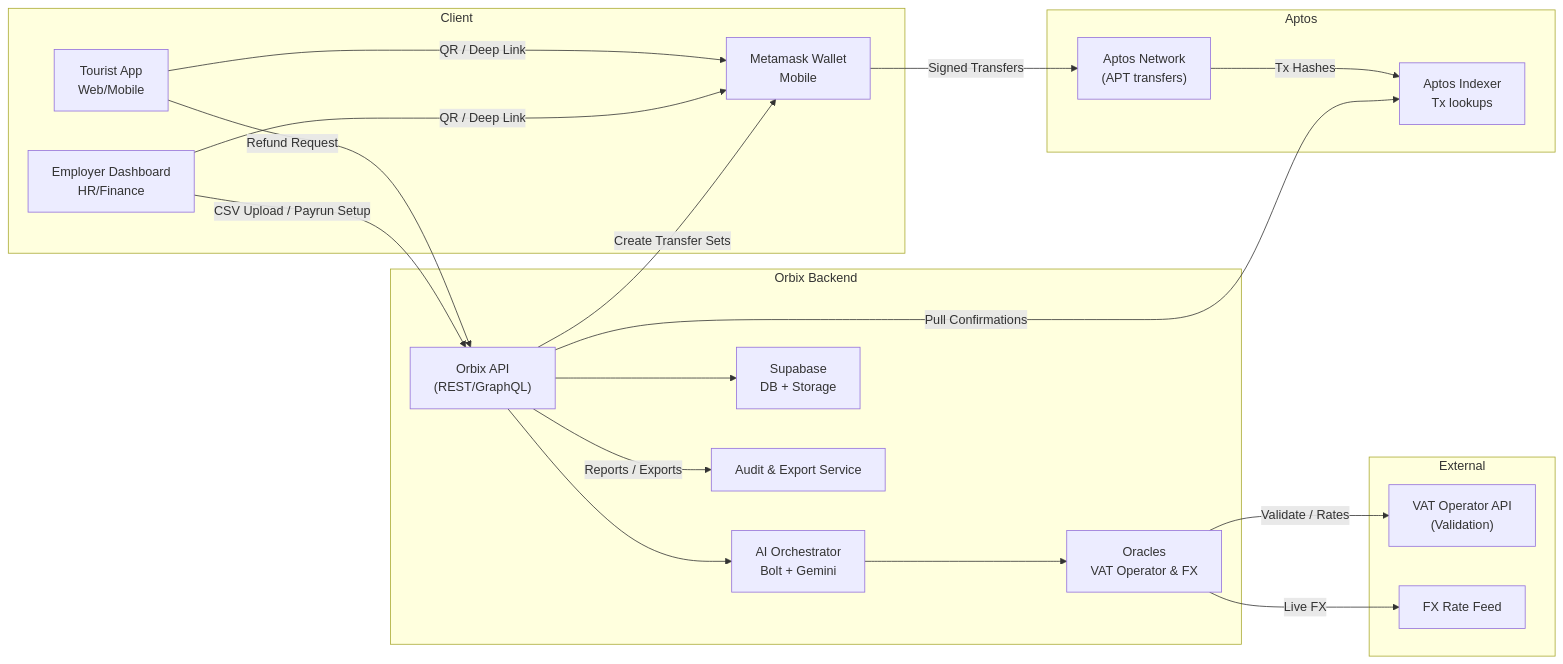
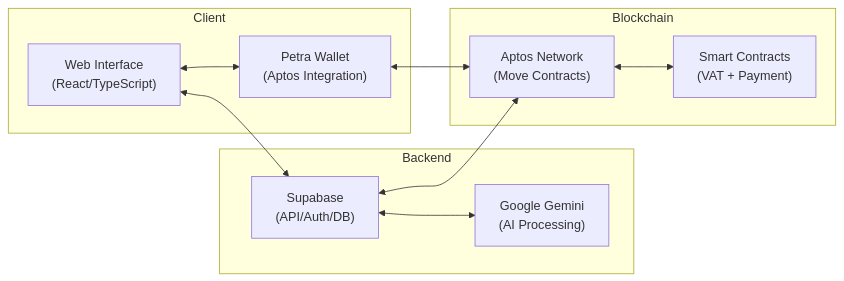
The first of 3 diagrams in README.md (somewherelostt/Orbix), drawn with Mermaid before and after one commit. The commit also changed other lines of this file and 2 other files, not shown here.

````diff
--- a/README.md
+++ b/README.md
@@ -70,43 +105,24 @@
 ```mermaid
 flowchart LR
   subgraph Client
-    T["Tourist App<br/>Web/Mobile"]
-    E["Employer Dashboard<br/>HR/Finance"]
-    S["Metamask Wallet<br/>Mobile"]
+    W["Web Interface<br/>(React/TypeScript)"]
+    P["Petra Wallet<br/>(Aptos Integration)"]
   end
 
-  subgraph Orbix Backend
-    API["Orbix API<br/>(REST/GraphQL)"]
-    AI["AI Orchestrator<br/>Bolt + Gemini"]
-    ORA["Oracles<br/>VAT Operator & FX"]
-    SB["Supabase<br/>DB + Storage"]
-    AUD["Audit & Export Service"]
+  subgraph Backend
+    API["Supabase<br/>(API/Auth/DB)"]
+    AI["Google Gemini<br/>(AI Processing)"]
   end
 
-  subgraph Aptos
-    APTOS["Aptos Network<br/>(APT transfers)"]
-    IDX["Aptos Indexer<br/>Tx lookups"]
+  subgraph Blockchain
+    APTOS["Aptos Network<br/>(Move Contracts)"]
+    SC["Smart Contracts<br/>(VAT + Payment)"]
   end
 
-  subgraph External
-    OP["VAT Operator API<br/>(Validation)"]
-    FX["FX Rate Feed"]
-  end
-
-  T -- "QR / Deep Link" --> S
-  E -- "QR / Deep Link" --> S
-  T -- "Refund Request" --> API
-  E -- "CSV Upload / Payrun Setup" --> API
-
-  API --> AI
-  AI --> ORA
-  ORA -- "Validate / Rates" --> OP
-  ORA -- "Live FX" --> FX
-  API --> SB
-  API -- "Create Transfer Sets" --> S
-  S -- "Signed Transfers" --> APTOS
-  APTOS -- "Tx Hashes" --> IDX
-  API -- "Pull Confirmations" --> IDX
-  API -- "Reports / Exports" --> AUD
-
+  W <--> API
+  W <--> P
+  API <--> AI
+  P <--> APTOS
+  APTOS <--> SC
+  API <--> APTOS
 ```
````
